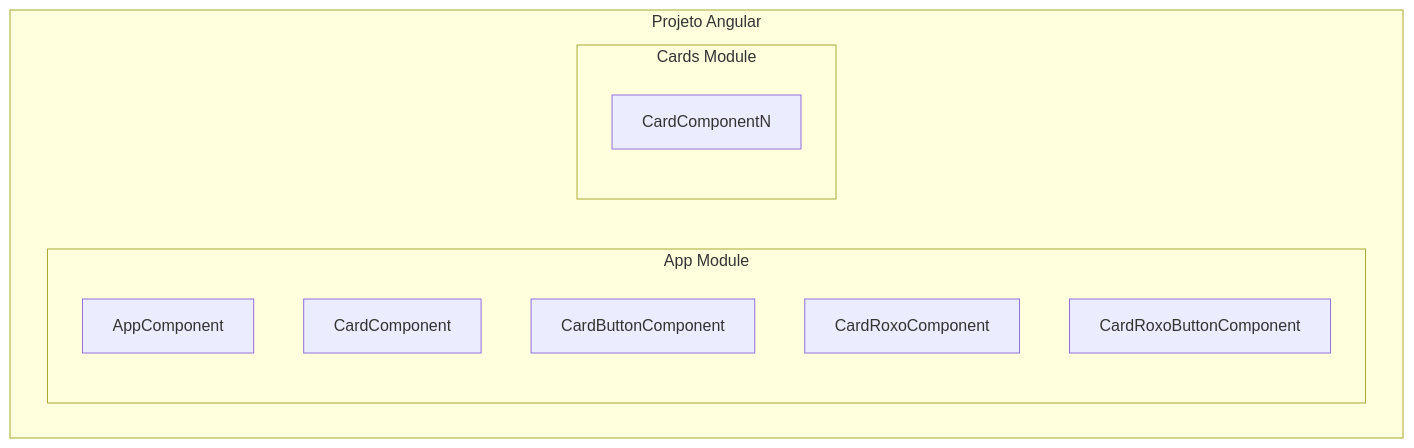
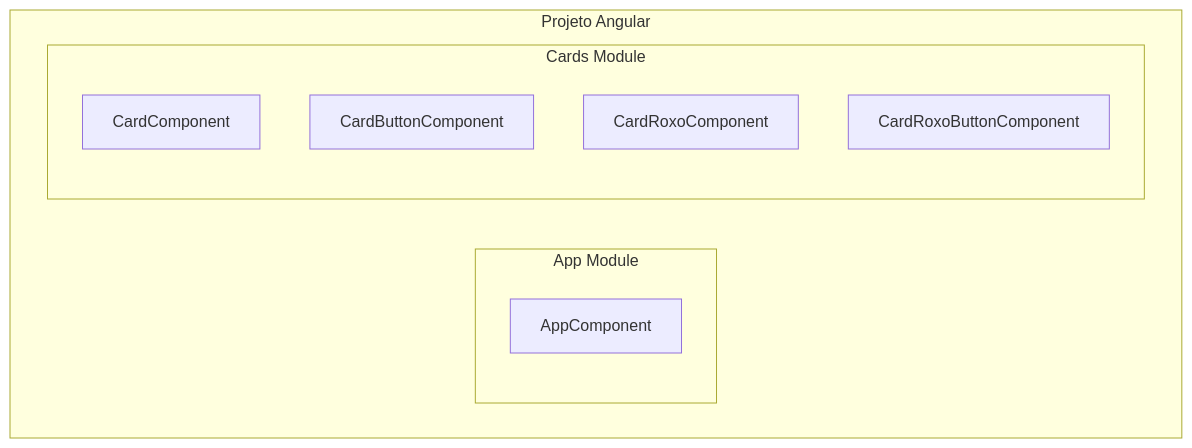
One commit to danilovalerio/create_components_angular changed the diagram in README.md. Above: the diagram before and after it, drawn with Mermaid.

Commit message:
Mover cards para o módulo de Cards

````diff
--- a/README.md
+++ b/README.md
@@ -31,28 +31,28 @@
 ```mermaid
 
 flowchart TB
     classDef done fill:#009900,stroke:#ffffff
     classDef todo fill:#990000,stroke:#ffffff
     classDef in_progress fill:#999900,stroke:#ffffff
 
     subgraph Projeto Angular
 
       subgraph App Module
 
         AppComponent[AppComponent]
+
+
+      end
+
+      subgraph Cards Module
         CardComponent[CardComponent]
         CardButtonComponent[CardButtonComponent]
         CardRoxoComponent[CardRoxoComponent]
         CardRoxoButtonComponent[CardRoxoButtonComponent]
-
-      end
-
-      subgraph Cards Module
-        CardComponentN[CardComponentN]
 
       end
     end
 
 
 
 ```
````
